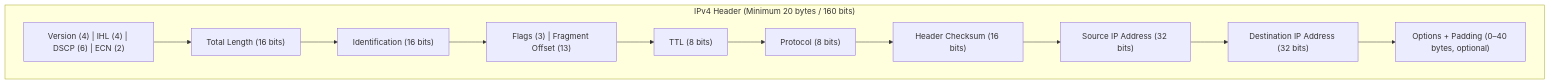
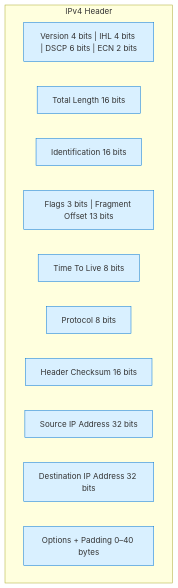
The third of 3 diagrams in headers/headers.md (pavbjj/tcp-ip-deep-dive), drawn with Mermaid before and after one commit. The commit also changed other lines of this file, not shown here.

````diff
--- a/headers/headers.md
+++ b/headers/headers.md
@@ -44,17 +44,18 @@
 ``` mermaid
-flowchart TB
-    subgraph IP["IPv4 Header (Minimum 20 bytes / 160 bits)"]
-        A["Version (4) | IHL (4) | DSCP (6) | ECN (2)"]
-        B["Total Length (16 bits)"]
-        C["Identification (16 bits)"]
-        D["Flags (3) | Fragment Offset (13)"]
-        E["TTL (8 bits)"]
-        F["Protocol (8 bits)"]
-        G["Header Checksum (16 bits)"]
-        H["Source IP Address (32 bits)"]
-        I["Destination IP Address (32 bits)"]
-        J["Options + Padding (0–40 bytes, optional)"]
+graph TD
+    subgraph IPv4_Header["IPv4 Header"]
+        A1["Version 4 bits | IHL 4 bits | DSCP 6 bits | ECN 2 bits"]:::field
+        B1["Total Length 16 bits"]:::field
+        C1["Identification 16 bits"]:::field
+        D1["Flags 3 bits | Fragment Offset 13 bits"]:::field
+        E1["Time To Live 8 bits"]:::field
+        F1["Protocol 8 bits"]:::field
+        G1["Header Checksum 16 bits"]:::field
+        H1["Source IP Address 32 bits"]:::field
+        I1["Destination IP Address 32 bits"]:::field
+        J1["Options + Padding 0–40 bytes"]:::field
     end
 
-    A --> B --> C --> D --> E --> F --> G --> H --> I --> J
+    classDef field fill:#d9f0ff,stroke:#0074D9,stroke-width:1px;
+
 ```
````
